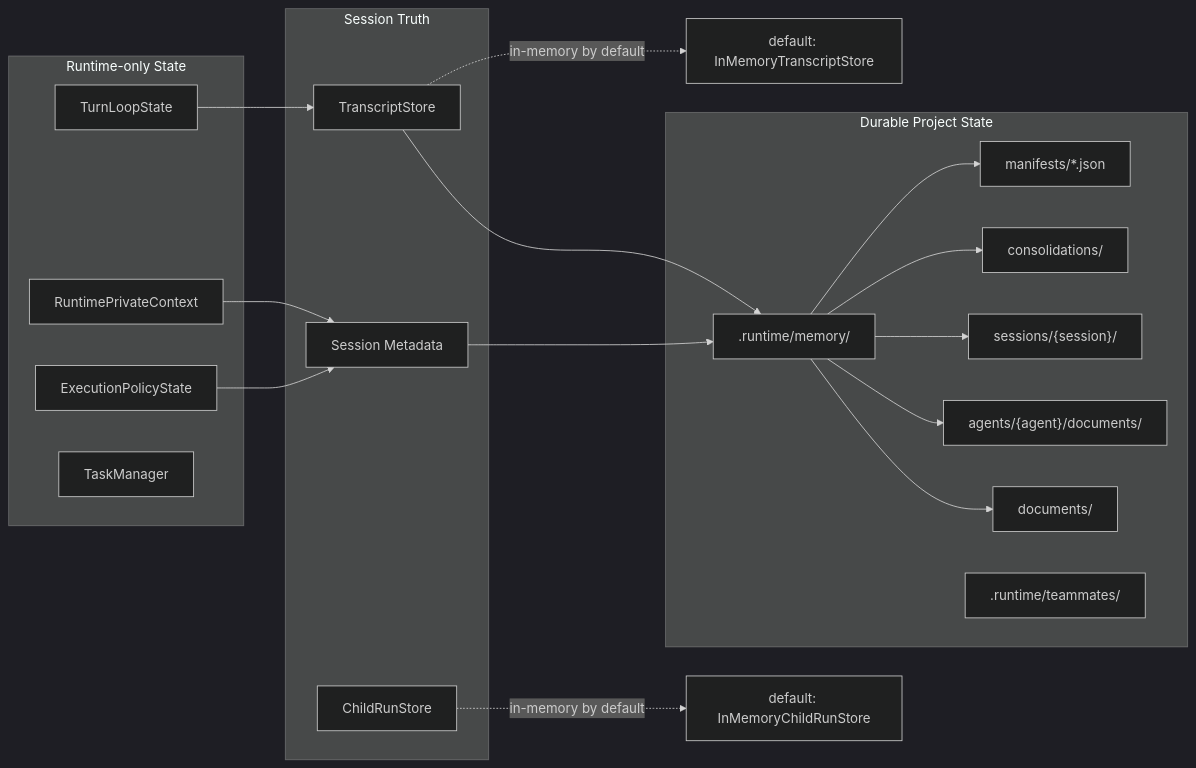
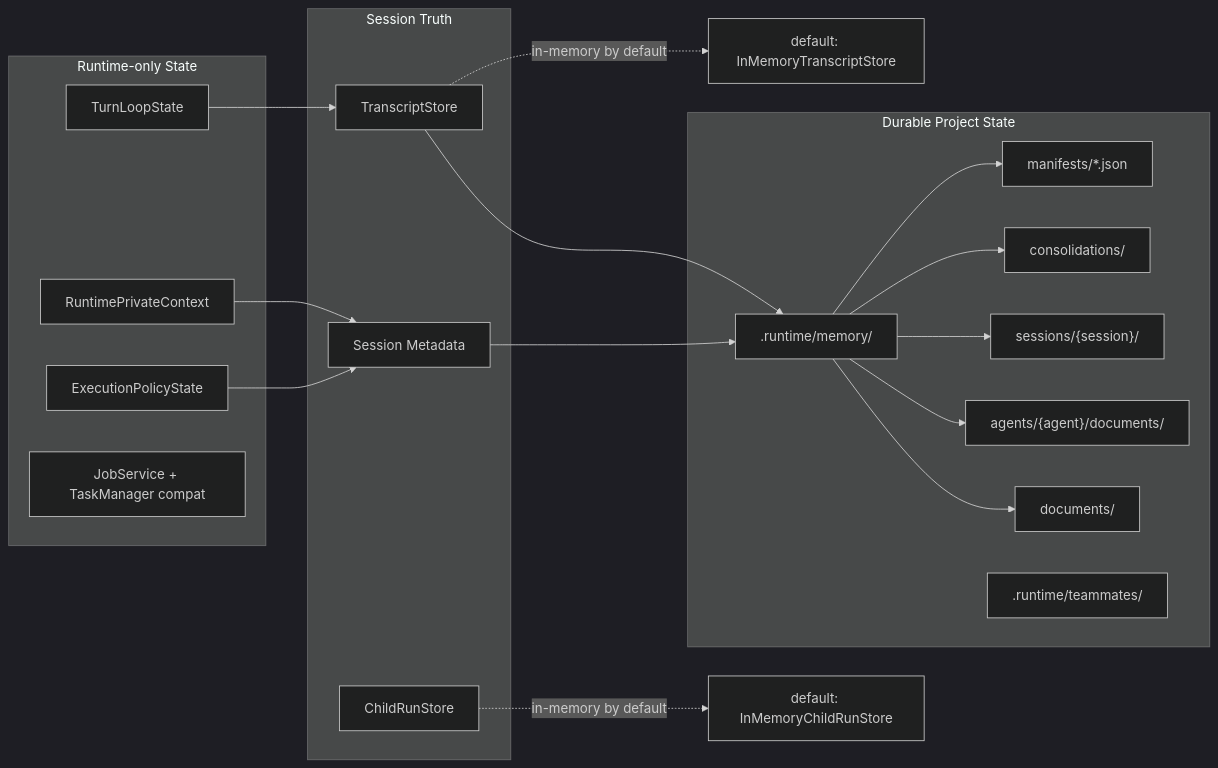
Before and after one commit to xyz2b/weave-ai-runtime: the fourth of 5 diagrams in docs/current-system-architecture.md, drawn with Mermaid (dark theme). The commit also changed other lines of this file and 16 other files, not shown here.

````diff
--- a/docs/current-system-architecture.md
+++ b/docs/current-system-architecture.md
@@ -821,41 +827,41 @@
 ```mermaid
 flowchart LR
     subgraph RuntimeState["Runtime-only State"]
         TurnState["TurnLoopState"]
         Private["RuntimePrivateContext"]
         Policy["ExecutionPolicyState"]
-        Tasks["TaskManager"]
+        Tasks["JobService + TaskManager compat"]
     end
 
     subgraph SessionState["Session Truth"]
         Transcript["TranscriptStore"]
         Metadata["Session Metadata"]
         ChildRuns["ChildRunStore"]
     end
 
     subgraph DurableState["Durable Project State"]
         MemoryRoot[".runtime/memory/"]
         LongTerm["documents/"]
         AgentNS["agents/{agent}/documents/"]
         SessionMem["sessions/{session}/"]
         Cons["consolidations/"]
         Manifests["manifests/*.json"]
         Mailbox[".runtime/teammates/"]
     end
 
     RunStoreDefault["default: InMemoryChildRunStore"]
     TranscriptDefault["default: InMemoryTranscriptStore"]
 
     TurnState --> Transcript
     Private --> Metadata
     Policy --> Metadata
     Transcript --> MemoryRoot
     Metadata --> MemoryRoot
     MemoryRoot --> LongTerm
     MemoryRoot --> AgentNS
     MemoryRoot --> SessionMem
     MemoryRoot --> Cons
     MemoryRoot --> Manifests
     ChildRuns -. in-memory by default .-> RunStoreDefault
     Transcript -. in-memory by default .-> TranscriptDefault
 ```
````
